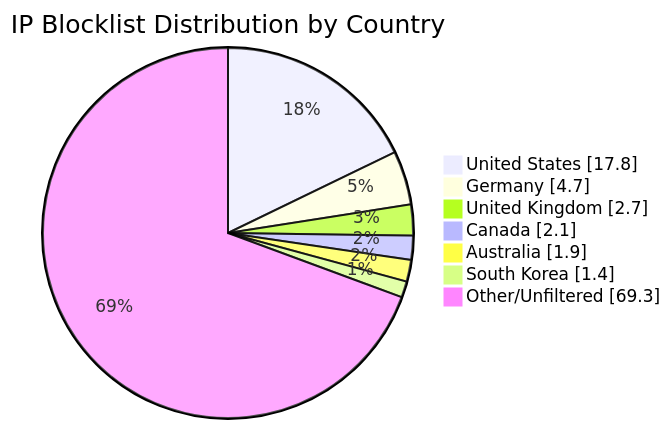
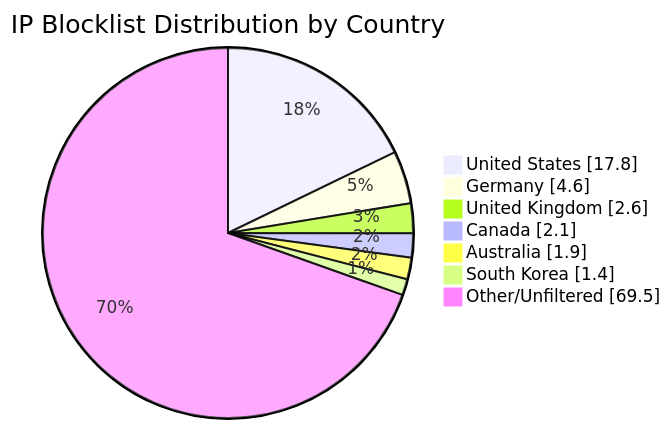
The diagram in README.md (MarcusHoltz/ipblocklist-geofiltered-aggregator), drawn with Mermaid before and after one commit. The commit also changed other lines of this file and 9 other files, not shown here.

````diff
--- a/README.md
+++ b/README.md
@@ -34,10 +34,10 @@
 ```mermaid
 pie showData title IP Blocklist Distribution by Country
 "United States" : 17.8
-"Germany" : 4.7
-"United Kingdom" : 2.7
+"Germany" : 4.6
+"United Kingdom" : 2.6
 "Canada" : 2.1
 "Australia" : 1.9
 "South Korea" : 1.4
-"Other/Unfiltered" : 69.3
+"Other/Unfiltered" : 69.5
 ```
````
